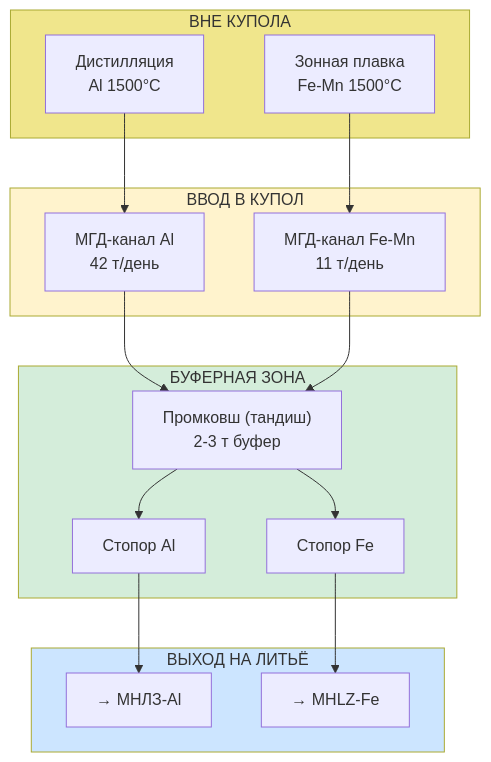
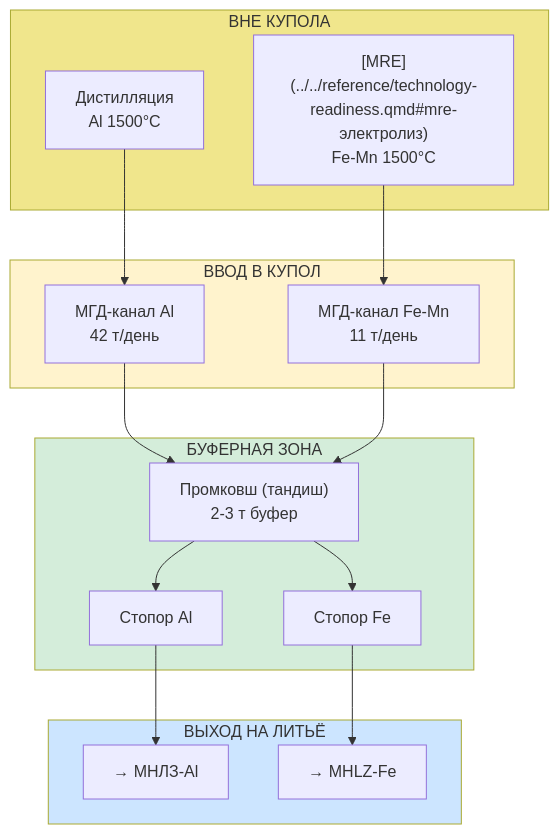
Before and after one commit to DmitryNasikanov/infinite-energy: the diagram in ru/science/detailed/factories/elements/melting.qmd, drawn with Mermaid. The commit also changed other lines of this file and 67 other files, not shown here.

````diff
--- a/ru/science/detailed/factories/elements/melting.qmd
+++ b/ru/science/detailed/factories/elements/melting.qmd
@@ -23,37 +23,37 @@
 ```{mermaid}
 flowchart TD
     subgraph EXTERNAL["ВНЕ КУПОЛА"]
         DIST["Дистилляция<br/>Al 1500°C"]
-        MRE["Зонная плавка<br/>Fe-Mn 1500°C"]
+        MRE["[MRE](../../reference/technology-readiness.qmd#mre-электролиз)<br/>Fe-Mn 1500°C"]
     end
 
     subgraph ENTRY["ВВОД В КУПОЛ"]
         MHD_AL["МГД-канал Al<br/>42 т/день"]
         MHD_FE["МГД-канал Fe-Mn<br/>11 т/день"]
     end
 
     subgraph BUFFER["БУФЕРНАЯ ЗОНА"]
         TUNDISH["Промковш (тандиш)<br/>2-3 т буфер"]
         VALVE_AL["Стопор Al"]
         VALVE_FE["Стопор Fe"]
     end
 
     subgraph OUTPUT["ВЫХОД НА ЛИТЬЁ"]
         MNLZ_AL["→ МНЛЗ-Al"]
         MNLZ_FE["→ МНLZ-Fe"]
     end
 
     DIST --> MHD_AL
     MRE --> MHD_FE
     MHD_AL --> TUNDISH
     MHD_FE --> TUNDISH
     TUNDISH --> VALVE_AL
     TUNDISH --> VALVE_FE
     VALVE_AL --> MNLZ_AL
     VALVE_FE --> MNLZ_FE
 
     style EXTERNAL fill:#f0e68c
     style ENTRY fill:#fff3cd
     style BUFFER fill:#d4edda
     style OUTPUT fill:#cce5ff
 ```
````
